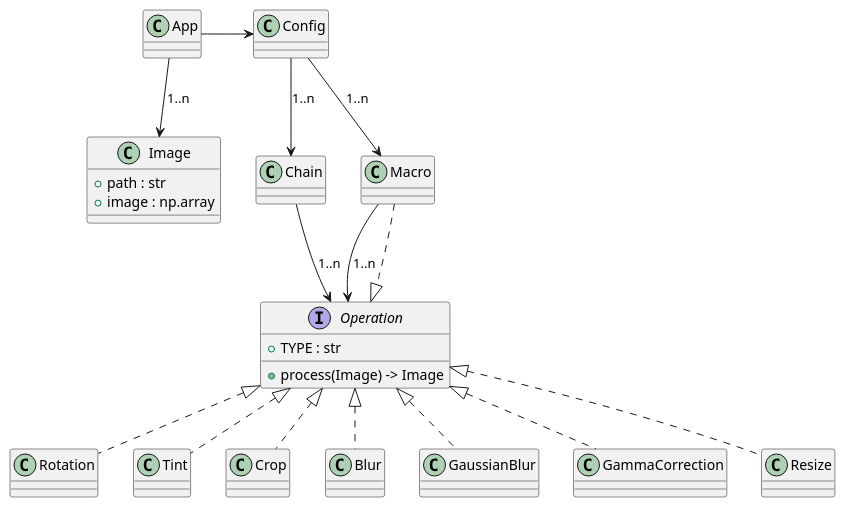
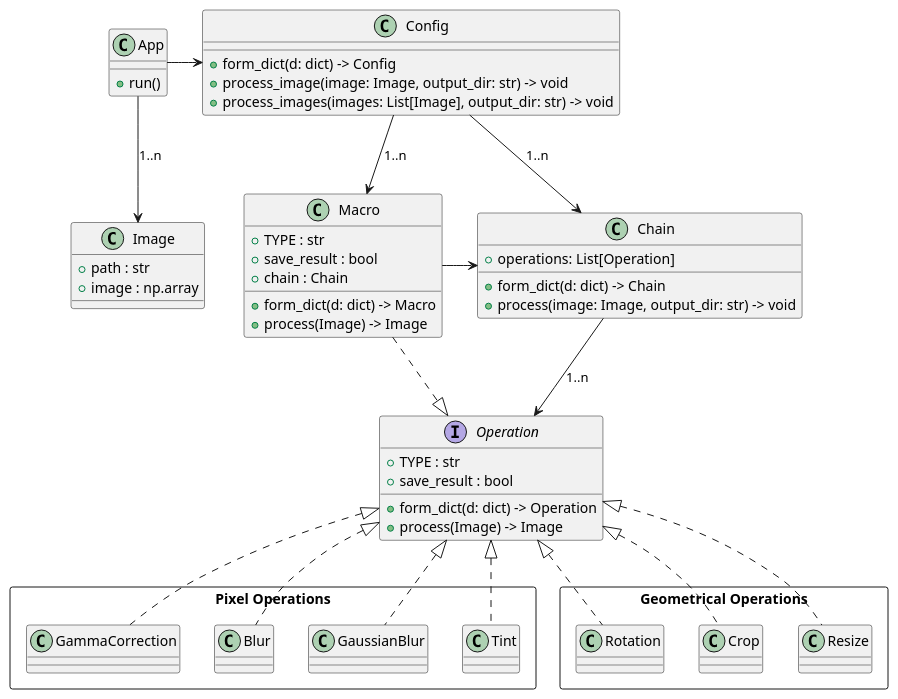
Before and after one commit to dvpv/iat: the diagram in docs/diagrams/classes.pu, drawn with PlantUML. The commit also changed 2 other files, not shown here.

Commit message:
diagrams

```diff
--- a/docs/diagrams/classes.pu
+++ b/docs/diagrams/classes.pu
@@ -1,48 +1,79 @@
 @startuml classes
 
 class App
+{
+    +run()
+}
 
 class Image
 {
     +path : str
     +image : np.array
 }
 
 class Config
+{
+    +form_dict(d: dict) -> Config
+    +process_image(image: Image, output_dir: str) -> void
+    +process_images(images: List[Image], output_dir: str) -> void
+}
+
 class Chain
+{
+    +operations: List[Operation]
+    +form_dict(d: dict) -> Chain
+    +process(image: Image, output_dir: str) -> void
+}
 
 interface Operation
 {
     + TYPE : str
+    + save_result : bool
+    +form_dict(d: dict) -> Operation
     +process(Image) -> Image
 }
 
-class Rotation
-class Tint
-class Crop
-class Blur
-class GaussianBlur
-class GammaCorrection
-class Resize
+package "Pixel Operations" <<Rectangle>>
+{
+    class GammaCorrection
+    class Blur
+    class GaussianBlur
+    class Tint
+}
+
+package "Geometrical Operations" <<Rectangle>>
+{
+    class Rotation
+    class Crop
+    class Resize
+}
+
 class Macro
+{
+    + TYPE : str
+    + save_result : bool
+    + chain : Chain
+    +form_dict(d: dict) -> Macro
+    +process(Image) -> Image
+}
 
 App --> Image : 1..n
 App -> Config
 
 Config --> Chain : 1..n
 Config --> Macro : 1..n
 
 Chain --> Operation : 1..n
-Macro --> Operation : 1..n
+Macro -> Chain
 
 Operation <|.. Rotation
 Operation <|.. Tint
 Operation <|.. Crop
 Operation <|.. Blur
 Operation <|.. GaussianBlur
 Operation <|.. GammaCorrection
 Operation <|.. Resize
 Macro ..|> Operation
 
 
 @enduml
```
